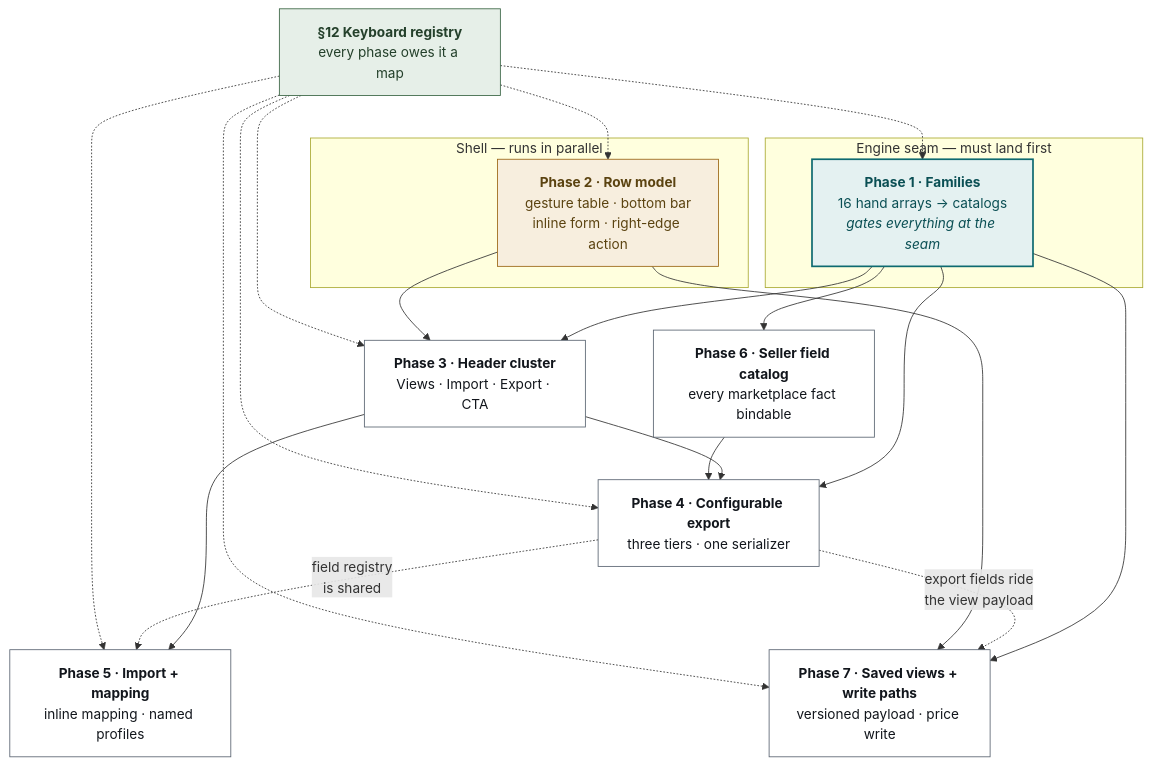
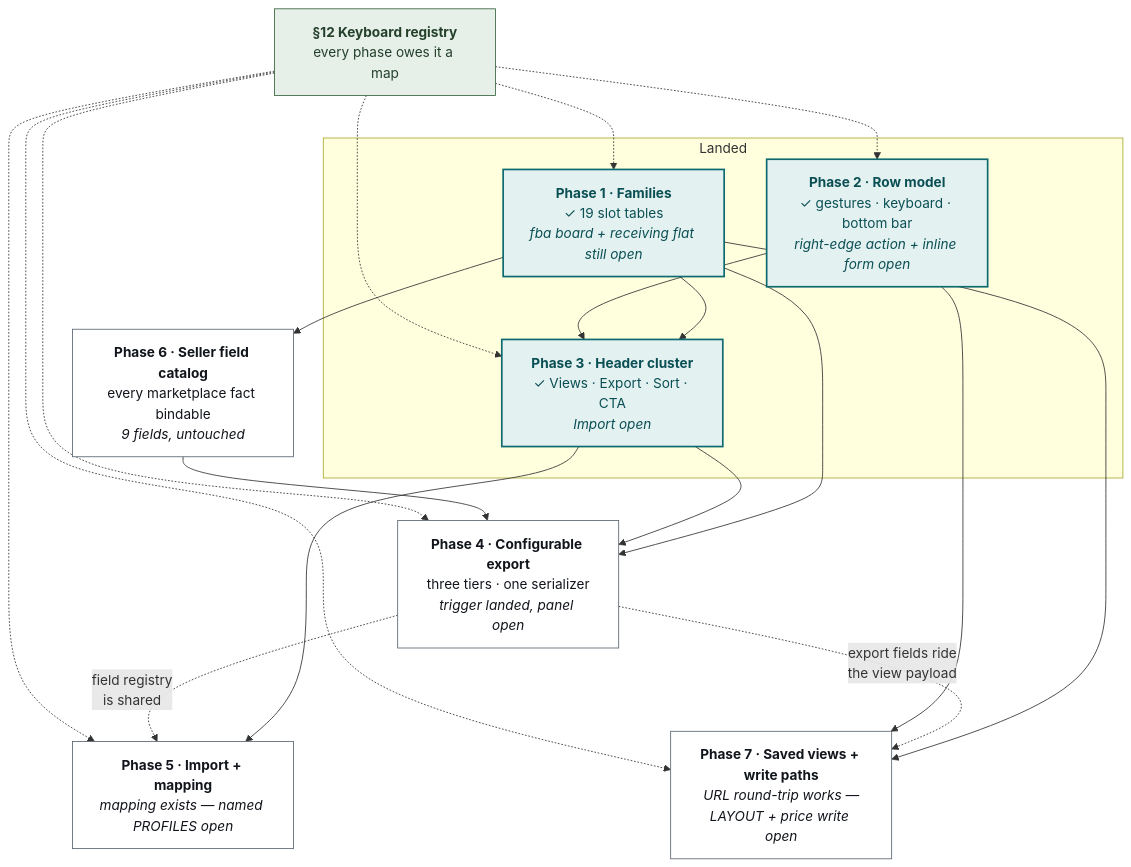
Before and after one commit to DENSENSE8/cycleforge-app: the first of 6 diagrams in docs/todo/seller-table-program-PLAN.md, drawn with Mermaid. The commit also changed other lines of this file, not shown here.

Commit message:
Update the seller-table plan so phases 1–3 show as landed.

````diff
--- a/docs/todo/seller-table-program-PLAN.md
+++ b/docs/todo/seller-table-program-PLAN.md
@@ -67,45 +71,41 @@
 ```mermaid
 flowchart TD
-    subgraph GATE["Engine seam — must land first"]
-        P1["<b>Phase 1 · Families</b><br/>16 hand arrays → catalogs<br/><i>gates everything at the seam</i>"]
+    subgraph DONE["Landed"]
+        P1["<b>Phase 1 · Families</b><br/>✓ 19 slot tables<br/><i>fba board + receiving flat still open</i>"]
+        P2["<b>Phase 2 · Row model</b><br/>✓ gestures · keyboard · bottom bar<br/><i>right-edge action + inline form open</i>"]
+        P3["<b>Phase 3 · Header cluster</b><br/>✓ Views · Export · Sort · CTA<br/><i>Import open</i>"]
     end
 
-    subgraph PARALLEL["Shell — runs in parallel"]
-        P2["<b>Phase 2 · Row model</b><br/>gesture table · bottom bar<br/>inline form · right-edge action"]
-    end
-
-    P3["<b>Phase 3 · Header cluster</b><br/>Views · Import · Export · CTA"]
-    P4["<b>Phase 4 · Configurable export</b><br/>three tiers · one serializer"]
-    P5["<b>Phase 5 · Import + mapping</b><br/>inline mapping · named profiles"]
-    P6["<b>Phase 6 · Seller field catalog</b><br/>every marketplace fact bindable"]
-    P7["<b>Phase 7 · Saved views + write paths</b><br/>versioned payload · price write"]
+    P4["<b>Phase 4 · Configurable export</b><br/>three tiers · one serializer<br/><i>trigger landed, panel open</i>"]
+    P5["<b>Phase 5 · Import + mapping</b><br/><i>mapping exists — named PROFILES open</i>"]
+    P6["<b>Phase 6 · Seller field catalog</b><br/>every marketplace fact bindable<br/><i>9 fields, untouched</i>"]
+    P7["<b>Phase 7 · Saved views + write paths</b><br/><i>URL round-trip works —<br/>LAYOUT + price write open</i>"]
 
     P1 --> P3
     P1 --> P4
     P1 --> P6
     P2 --> P3
     P3 --> P4
     P3 --> P5
     P4 -.->|"field registry<br/>is shared"| P5
     P6 --> P4
     P1 --> P7
     P4 -.->|"export fields ride<br/>the view payload"| P7
     P2 --> P7
 
     K["<b>§12 Keyboard registry</b><br/>every phase owes it a map"]
     K -.-> P1
     K -.-> P2
     K -.-> P3
     K -.-> P4
     K -.-> P5
     K -.-> P7
 
     classDef gate fill:#E4F1F1,stroke:#0E6A70,stroke-width:2px,color:#0A4F54
     classDef shell fill:#F7EEDE,stroke:#9A6614,color:#5B4310
     classDef norm fill:#FFFFFF,stroke:#5B6572,color:#12161C
     classDef cross fill:#E6EFE8,stroke:#3A6544,color:#24402B
-    class P1 gate
-    class P2 shell
-    class P3,P4,P5,P6,P7 norm
+    class P1,P2,P3 gate
+    class P4,P5,P6,P7 norm
     class K cross
 ```
````
